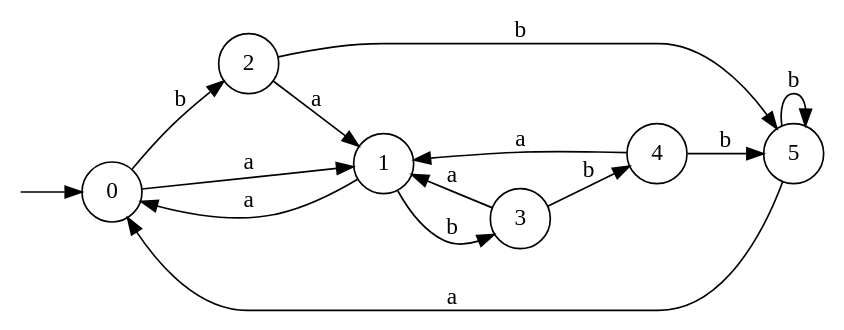
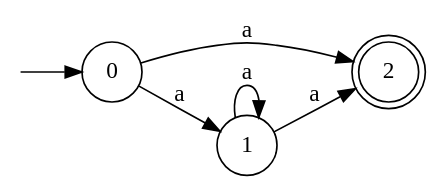
The diagram in img/mrCuisine.dot (Vad3L/Automaton), drawn with Graphviz before and after one commit. The commit also changed 9 other files, not shown here.

```diff
--- a/img/mrCuisine.dot
+++ b/img/mrCuisine.dot
@@ -1,25 +1,15 @@
 digraph Automaton {
 	 rankdir=LR
 	n0[shape=none label="" height=0 width=0 ]
 	n0->0
 	0[shape=circle]
+	2[shape=doublecircle]
 	node [shape = circle]
 	0
 	1
 	2
-	3
-	4
-	5
 	0 -> 1 [label="a"]
-	0 -> 2 [label="b"]
-	1 -> 0 [label="a"]
-	1 -> 3 [label="b"]
-	2 -> 1 [label="a"]
-	2 -> 5 [label="b"]
-	3 -> 1 [label="a"]
-	3 -> 4 [label="b"]
-	4 -> 1 [label="a"]
-	4 -> 5 [label="b"]
-	5 -> 0 [label="a"]
-	5 -> 5 [label="b"]
+	0 -> 2 [label="a"]
+	1 -> 1 [label="a"]
+	1 -> 2 [label="a"]
 }
```
